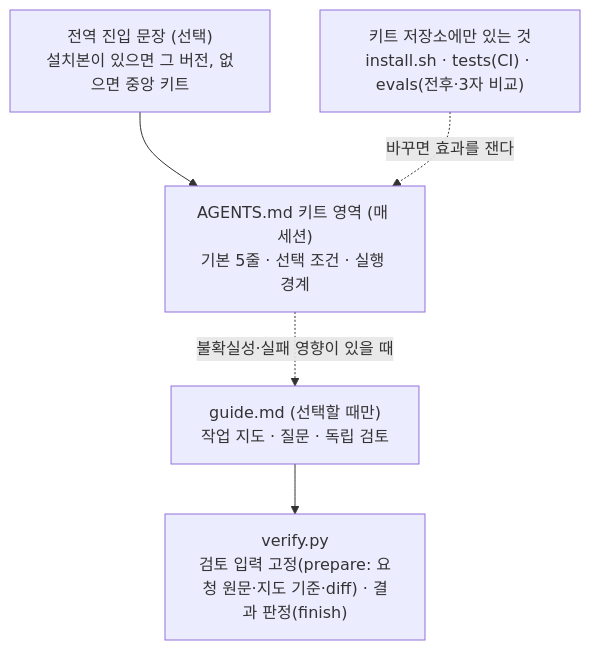
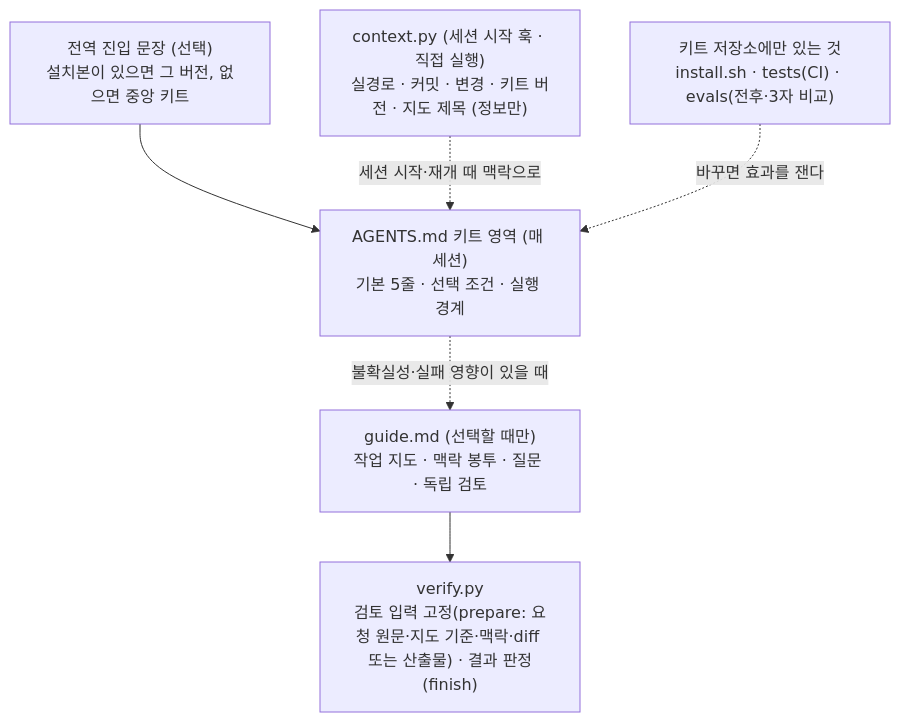
One commit to taehyung-lab/agent-workflow-kit changed the first of 2 diagrams in README.md. Above: the diagram before and after it, drawn with Mermaid. The commit also changed other lines of this file and 191 other files, not shown here.

````diff
--- a/README.md
+++ b/README.md
@@ -29,12 +29,14 @@
 ```mermaid
 flowchart TD
   E["전역 진입 문장 (선택)<br/>설치본이 있으면 그 버전, 없으면 중앙 키트"]
   A["AGENTS.md 키트 영역 (매 세션)<br/>기본 5줄 · 선택 조건 · 실행 경계"]
-  G["guide.md (선택할 때만)<br/>작업 지도 · 질문 · 독립 검토"]
-  V["verify.py<br/>검토 입력 고정(prepare: 요청 원문·지도 기준·diff) · 결과 판정(finish)"]
+  G["guide.md (선택할 때만)<br/>작업 지도 · 맥락 봉투 · 질문 · 독립 검토"]
+  C["context.py (세션 시작 훅 · 직접 실행)<br/>실경로 · 커밋 · 변경 · 키트 버전 · 지도 제목 (정보만)"]
+  V["verify.py<br/>검토 입력 고정(prepare: 요청 원문·지도 기준·맥락·diff 또는 산출물) · 결과 판정(finish)"]
   R["키트 저장소에만 있는 것<br/>install.sh · tests(CI) · evals(전후·3자 비교)"]
   E --> A
   A -.->|불확실성·실패 영향이 있을 때| G
+  C -.->|세션 시작·재개 때 맥락으로| A
   G --> V
   R -.->|바꾸면 효과를 잰다| A
 ```
````
